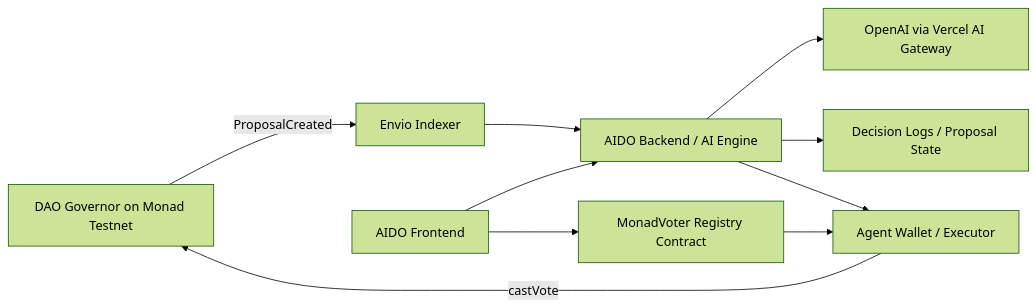
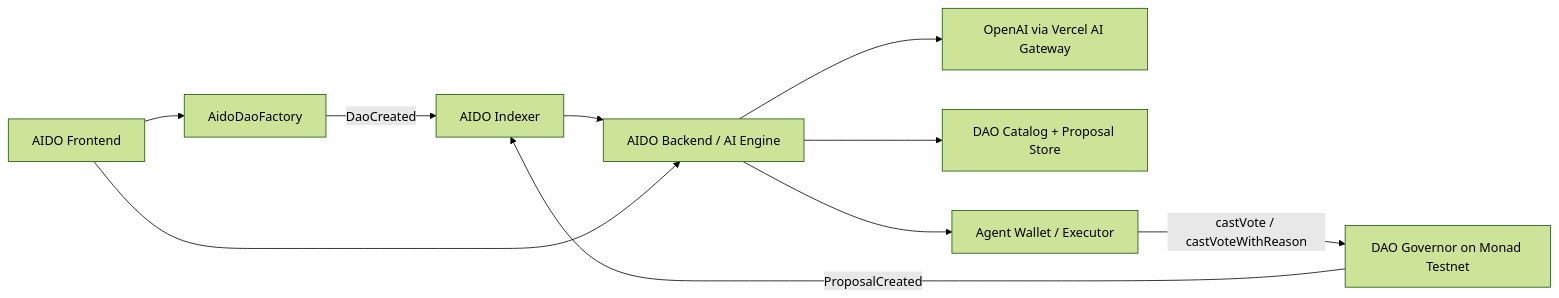
The diagram in README.md (ahmadstiff/aido), drawn with Mermaid (forest theme) before and after one commit. The commit also changed other lines of this file and 32 other files, not shown here.

Commit message:
feat: implement backend AI analysis and Viem-based onchain voting engine with integrated indexer for DAO lifecycle tracking

````diff
--- a/README.md
+++ b/README.md
@@ -60,12 +92,12 @@
 ```mermaid
 flowchart LR
-  A["DAO Governor on Monad Testnet"] -->|ProposalCreated| B["Envio Indexer"]
-  B --> C["AIDO Backend / AI Engine"]
-  C --> D["OpenAI via Vercel AI Gateway"]
-  C --> E["Decision Logs / Proposal State"]
-  C --> F["Agent Wallet / Executor"]
-  F -->|castVote| A
-  G["AIDO Frontend"] --> C
-  G --> H["MonadVoter Registry Contract"]
-  H --> F
+  A["AidoDaoFactory"] -->|DaoCreated| B["AIDO Indexer"]
+  C["DAO Governor on Monad Testnet"] -->|ProposalCreated| B
+  B --> D["AIDO Backend / AI Engine"]
+  D --> E["OpenAI via Vercel AI Gateway"]
+  D --> F["DAO Catalog + Proposal Store"]
+  D --> G["Agent Wallet / Executor"]
+  G -->|castVote / castVoteWithReason| C
+  H["AIDO Frontend"] --> A
+  H --> D
 ```
````
